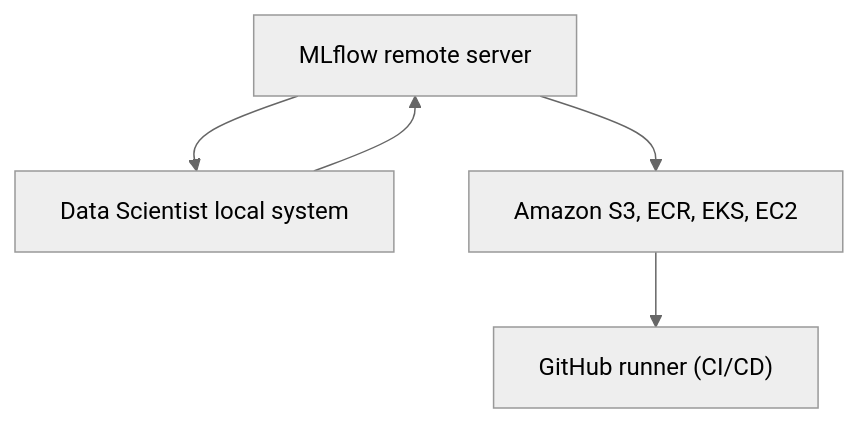
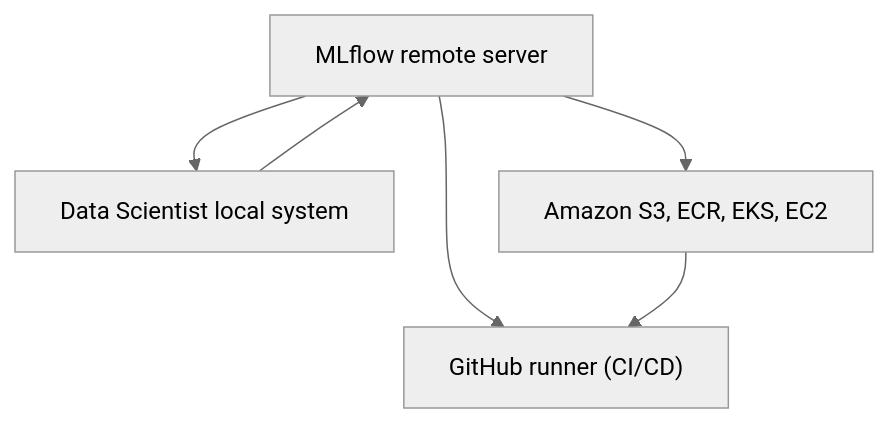
One commit to lukhha/Pio-NER changed the diagram in README.md. Above: the diagram before and after it, drawn with Mermaid (neutral theme). The commit also changed other lines of this file, not shown here.

````diff
--- a/README.md
+++ b/README.md
@@ -24,7 +24,8 @@
 ```mermaid
 graph TD;
     A["MLflow remote server"] --> B["Data Scientist local system"];
     B --> A;
     A --> C["Amazon S3, ECR, EKS, EC2"];
-    C --> D["GitHub runner (CI/CD)"];
+    A --> D["GitHub runner (CI/CD)"];
+    C --> D;
 ```
````
